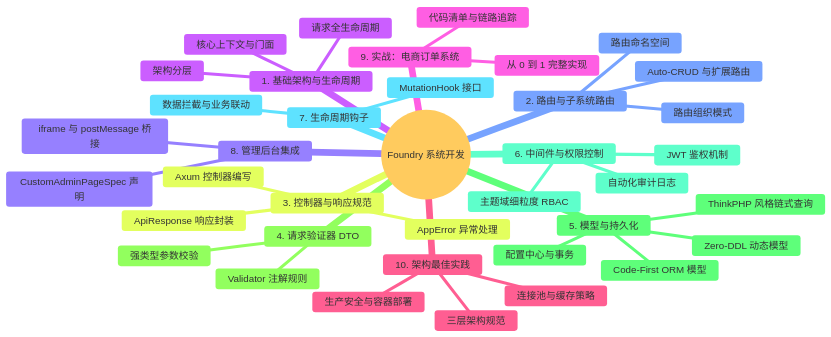
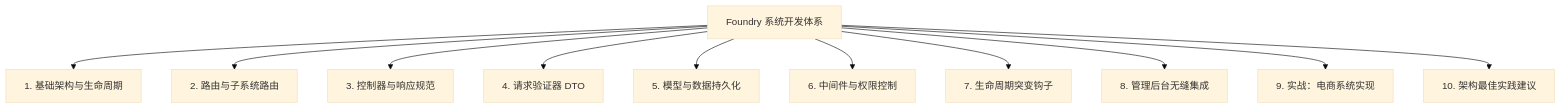
Before and after one commit to FoundKit/foundry: the first of 3 diagrams in docs/src/content/docs/zh/guides/system-development.md, drawn with Mermaid (base theme). The commit also changed other lines of this file and 22 other files, not shown here.

````diff
--- a/docs/src/content/docs/zh/guides/system-development.md
+++ b/docs/src/content/docs/zh/guides/system-development.md
@@ -16,41 +16,14 @@
 ```mermaid
-mindmap
-  root((Foundry 系统开发))
-    1. 基础架构与生命周期
-      架构分层
-      请求全生命周期
-      核心上下文与门面
-    2. 路由与子系统路由
-      路由命名空间
-      Auto-CRUD 与扩展路由
-      路由组织模式
-    3. 控制器与响应规范
-      Axum 控制器编写
-      ApiResponse 响应封装
-      AppError 异常处理
-    4. 请求验证器 DTO
-      Validator 注解规则
-      强类型参数校验
-    5. 模型与持久化
-      Code-First ORM 模型
-      ThinkPHP 风格链式查询
-      Zero-DDL 动态模型
-      配置中心与事务
-    6. 中间件与权限控制
-      JWT 鉴权机制
-      主题域细粒度 RBAC
-      自动化审计日志
-    7. 生命周期钩子
-      MutationHook 接口
-      数据拦截与业务联动
-    8. 管理后台集成
-      CustomAdminPageSpec 声明
-      iframe 与 postMessage 桥接
-    9. 实战：电商订单系统
-      从 0 到 1 完整实现
-      代码清单与链路追踪
-    10. 架构最佳实践
-      三层架构规范
-      连接池与缓存策略
-      生产安全与容器部署
+flowchart TD
+    Root["Foundry 系统开发体系"]
+    Root --> C1["1. 基础架构与生命周期"]
+    Root --> C2["2. 路由与子系统路由"]
+    Root --> C3["3. 控制器与响应规范"]
+    Root --> C4["4. 请求验证器 DTO"]
+    Root --> C5["5. 模型与数据持久化"]
+    Root --> C6["6. 中间件与权限控制"]
+    Root --> C7["7. 生命周期突变钩子"]
+    Root --> C8["8. 管理后台无缝集成"]
+    Root --> C9["9. 实战：电商系统实现"]
+    Root --> C10["10. 架构最佳实践建议"]
 ```
````
